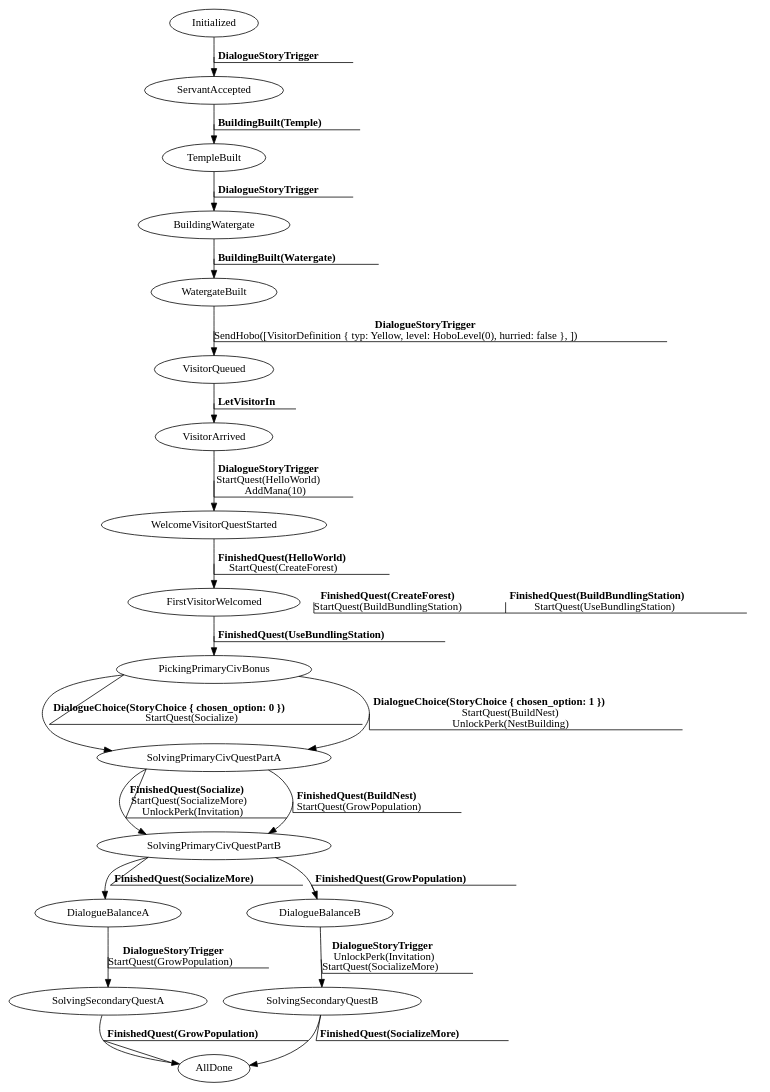
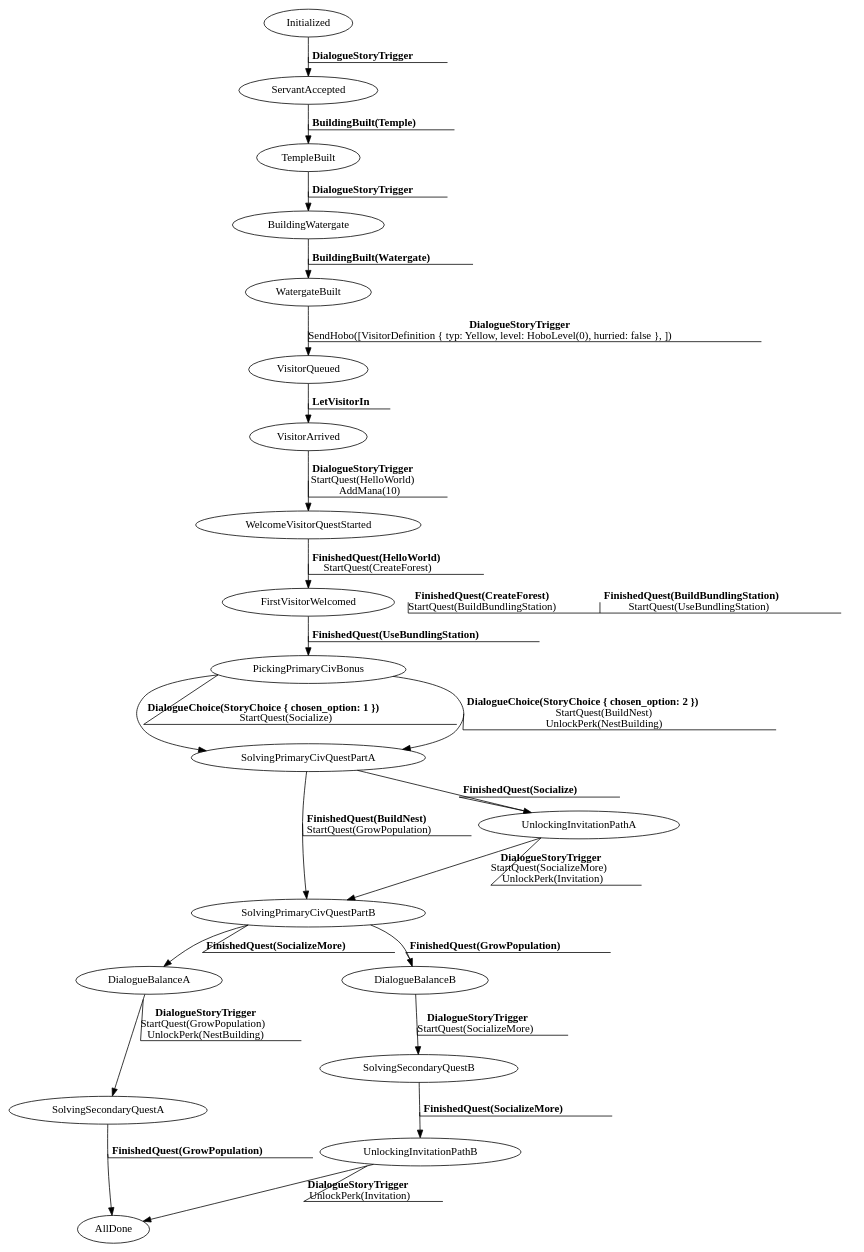
Before and after one commit to jakmeier/paddlers-browser-game: the diagram in specification/story.dot, drawn with Graphviz. The commit also changed 17 other files, not shown here.

First line of the commit message:
Prototype for more dialogues and story transitions

```diff
--- a/specification/story.dot
+++ b/specification/story.dot
@@ -1,41 +1,45 @@
 digraph MyGraph {
 graph [outputorder=edgesfirst];
 Initialized [label="Initialized"]
 ServantAccepted [label="ServantAccepted"]
 TempleBuilt [label="TempleBuilt"]
 BuildingWatergate [label="BuildingWatergate"]
 WatergateBuilt [label="WatergateBuilt"]
 VisitorQueued [label="VisitorQueued"]
 VisitorArrived [label="VisitorArrived"]
 WelcomeVisitorQuestStarted [label="WelcomeVisitorQuestStarted"]
 FirstVisitorWelcomed [label="FirstVisitorWelcomed"]
 PickingPrimaryCivBonus [label="PickingPrimaryCivBonus"]
 SolvingPrimaryCivQuestPartA [label="SolvingPrimaryCivQuestPartA"]
 SolvingPrimaryCivQuestPartB [label="SolvingPrimaryCivQuestPartB"]
+UnlockingInvitationPathA [label="UnlockingInvitationPathA"]
+UnlockingInvitationPathB [label="UnlockingInvitationPathB"]
 DialogueBalanceA [label="DialogueBalanceA"]
 DialogueBalanceB [label="DialogueBalanceB"]
 SolvingSecondaryQuestA [label="SolvingSecondaryQuestA"]
 SolvingSecondaryQuestB [label="SolvingSecondaryQuestB"]
 AllDone [label="AllDone"]
 Initialized -> ServantAccepted [decorate=true, color=black, label=< <B>DialogueStoryTrigger</B> >]
 ServantAccepted -> TempleBuilt [decorate=true, color=black, label=< <B>BuildingBuilt(Temple)</B> >]
 TempleBuilt -> BuildingWatergate [decorate=true, color=black, label=< <B>DialogueStoryTrigger</B> >]
 BuildingWatergate -> WatergateBuilt [decorate=true, color=black, label=< <B>BuildingBuilt(Watergate)</B> >]
 WatergateBuilt -> VisitorQueued [decorate=true, color=black, label=< <B>DialogueStoryTrigger</B> <br/>SendHobo([VisitorDefinition { typ: Yellow, level: HoboLevel(0), hurried: false }, ]) >]
 VisitorQueued -> VisitorArrived [decorate=true, color=black, label=< <B>LetVisitorIn</B> >]
 VisitorArrived -> WelcomeVisitorQuestStarted [decorate=true, color=black, label=< <B>DialogueStoryTrigger</B> <br/>StartQuest(HelloWorld) <br/>AddMana(10) >]
 WelcomeVisitorQuestStarted -> FirstVisitorWelcomed [decorate=true, color=black, label=< <B>FinishedQuest(HelloWorld)</B> <br/>StartQuest(CreateForest) >]
 FirstVisitorWelcomed -> FirstVisitorWelcomed [decorate=true, color=invis, label=< <B>FinishedQuest(CreateForest)</B> <br/>StartQuest(BuildBundlingStation) >]
 FirstVisitorWelcomed -> FirstVisitorWelcomed [decorate=true, color=invis, label=< <B>FinishedQuest(BuildBundlingStation)</B> <br/>StartQuest(UseBundlingStation) >]
 FirstVisitorWelcomed -> PickingPrimaryCivBonus [decorate=true, color=black, label=< <B>FinishedQuest(UseBundlingStation)</B> >]
-PickingPrimaryCivBonus -> SolvingPrimaryCivQuestPartA [decorate=true, color=black, label=< <B>DialogueChoice(StoryChoice { chosen_option: 0 })</B> <br/>StartQuest(Socialize) >]
-PickingPrimaryCivBonus -> SolvingPrimaryCivQuestPartA [decorate=true, color=black, label=< <B>DialogueChoice(StoryChoice { chosen_option: 1 })</B> <br/>StartQuest(BuildNest) <br/>UnlockPerk(NestBuilding) >]
-SolvingPrimaryCivQuestPartA -> SolvingPrimaryCivQuestPartB [decorate=true, color=black, label=< <B>FinishedQuest(Socialize)</B> <br/>StartQuest(SocializeMore) <br/>UnlockPerk(Invitation) >]
+PickingPrimaryCivBonus -> SolvingPrimaryCivQuestPartA [decorate=true, color=black, label=< <B>DialogueChoice(StoryChoice { chosen_option: 1 })</B> <br/>StartQuest(Socialize) >]
+PickingPrimaryCivBonus -> SolvingPrimaryCivQuestPartA [decorate=true, color=black, label=< <B>DialogueChoice(StoryChoice { chosen_option: 2 })</B> <br/>StartQuest(BuildNest) <br/>UnlockPerk(NestBuilding) >]
+SolvingPrimaryCivQuestPartA -> UnlockingInvitationPathA [decorate=true, color=black, label=< <B>FinishedQuest(Socialize)</B> >]
 SolvingPrimaryCivQuestPartA -> SolvingPrimaryCivQuestPartB [decorate=true, color=black, label=< <B>FinishedQuest(BuildNest)</B> <br/>StartQuest(GrowPopulation) >]
 SolvingPrimaryCivQuestPartB -> DialogueBalanceA [decorate=true, color=black, label=< <B>FinishedQuest(SocializeMore)</B> >]
 SolvingPrimaryCivQuestPartB -> DialogueBalanceB [decorate=true, color=black, label=< <B>FinishedQuest(GrowPopulation)</B> >]
-DialogueBalanceA -> SolvingSecondaryQuestA [decorate=true, color=black, label=< <B>DialogueStoryTrigger</B> <br/>StartQuest(GrowPopulation) >]
-DialogueBalanceB -> SolvingSecondaryQuestB [decorate=true, color=black, label=< <B>DialogueStoryTrigger</B> <br/>UnlockPerk(Invitation) <br/>StartQuest(SocializeMore) >]
+UnlockingInvitationPathA -> SolvingPrimaryCivQuestPartB [decorate=true, color=black, label=< <B>DialogueStoryTrigger</B> <br/>StartQuest(SocializeMore) <br/>UnlockPerk(Invitation) >]
+UnlockingInvitationPathB -> AllDone [decorate=true, color=black, label=< <B>DialogueStoryTrigger</B> <br/>UnlockPerk(Invitation) >]
+DialogueBalanceA -> SolvingSecondaryQuestA [decorate=true, color=black, label=< <B>DialogueStoryTrigger</B> <br/>StartQuest(GrowPopulation) <br/>UnlockPerk(NestBuilding) >]
+DialogueBalanceB -> SolvingSecondaryQuestB [decorate=true, color=black, label=< <B>DialogueStoryTrigger</B> <br/>StartQuest(SocializeMore) >]
 SolvingSecondaryQuestA -> AllDone [decorate=true, color=black, label=< <B>FinishedQuest(GrowPopulation)</B> >]
-SolvingSecondaryQuestB -> AllDone [decorate=true, color=black, label=< <B>FinishedQuest(SocializeMore)</B> >]
+SolvingSecondaryQuestB -> UnlockingInvitationPathB [decorate=true, color=black, label=< <B>FinishedQuest(SocializeMore)</B> >]
 }
```
